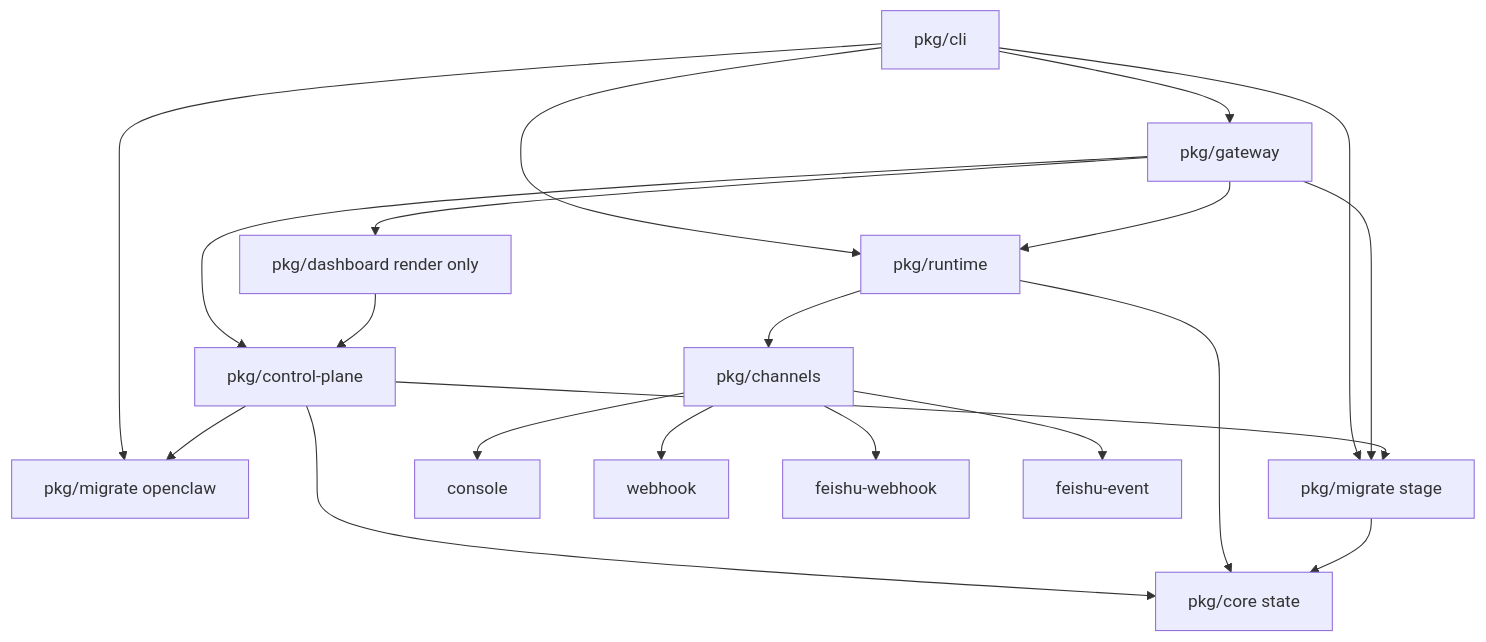
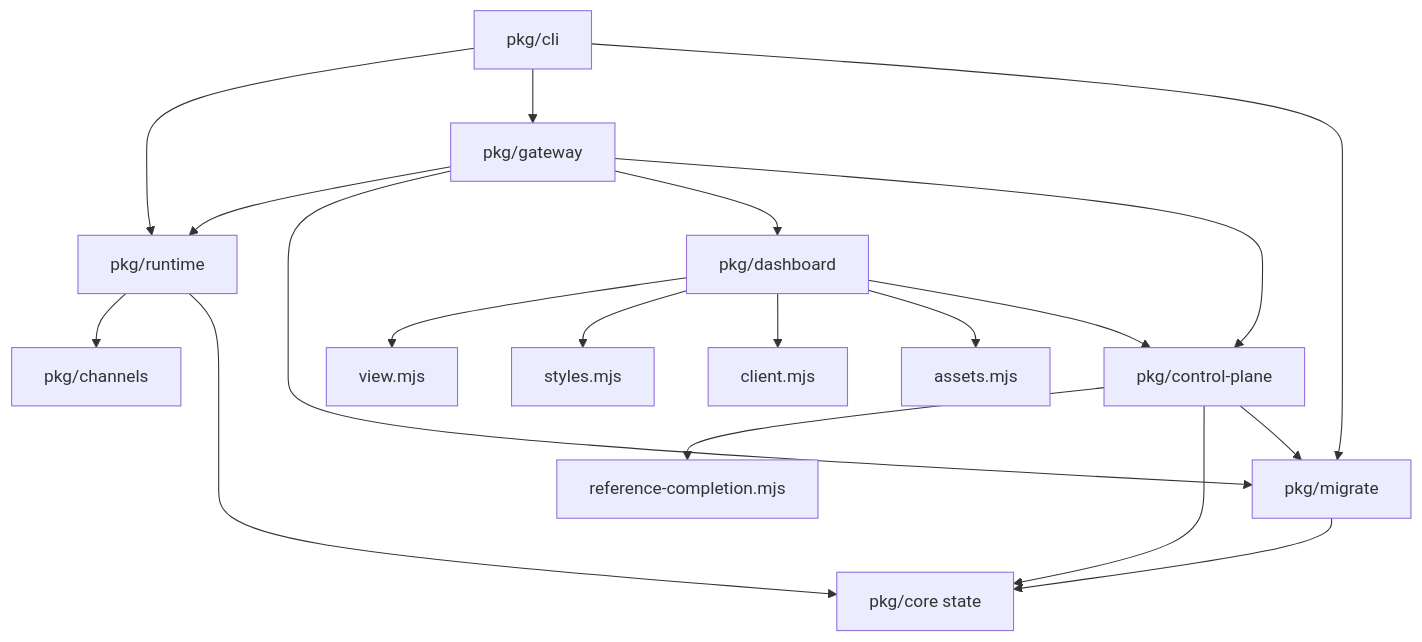
Before and after one commit to mayf3/myclaw: the second of 8 diagrams in docs/implementation-architecture.md, drawn with Mermaid. The commit also changed other lines of this file and 22 other files, not shown here.

Commit message:
feat: add reference-aware dashboard

````diff
--- a/docs/implementation-architecture.md
+++ b/docs/implementation-architecture.md
@@ -60,23 +83,21 @@
 ```mermaid
 flowchart TB
   CLI[pkg/cli] --> Runtime[pkg/runtime]
-  CLI --> MigratePlan[pkg/migrate openclaw]
-  CLI --> MigrateStage[pkg/migrate stage]
   CLI --> Gateway[pkg/gateway]
+  CLI --> Migrate[pkg/migrate]
   Gateway --> Runtime
-  Gateway --> MigrateStage
-  Gateway --> Dashboard[pkg/dashboard render only]
+  Gateway --> Migrate
+  Gateway --> Dashboard[pkg/dashboard]
   Gateway --> Control[pkg/control-plane]
+  Dashboard --> View[view.mjs]
+  Dashboard --> Styles[styles.mjs]
+  Dashboard --> Client[client.mjs]
+  Dashboard --> Assets[assets.mjs]
   Dashboard --> Control
+  Control --> Reference[reference-completion.mjs]
   Control --> Core[pkg/core state]
-  Control --> MigratePlan
-  Control --> MigrateStage
+  Control --> Migrate
   Runtime --> Channels[pkg/channels]
   Runtime --> Core
-  MigrateStage --> Core
-
-  Channels --> Console[console]
-  Channels --> Webhook[webhook]
-  Channels --> FeishuWebhook[feishu-webhook]
-  Channels --> FeishuEvent[feishu-event]
+  Migrate --> Core
 ```
````
